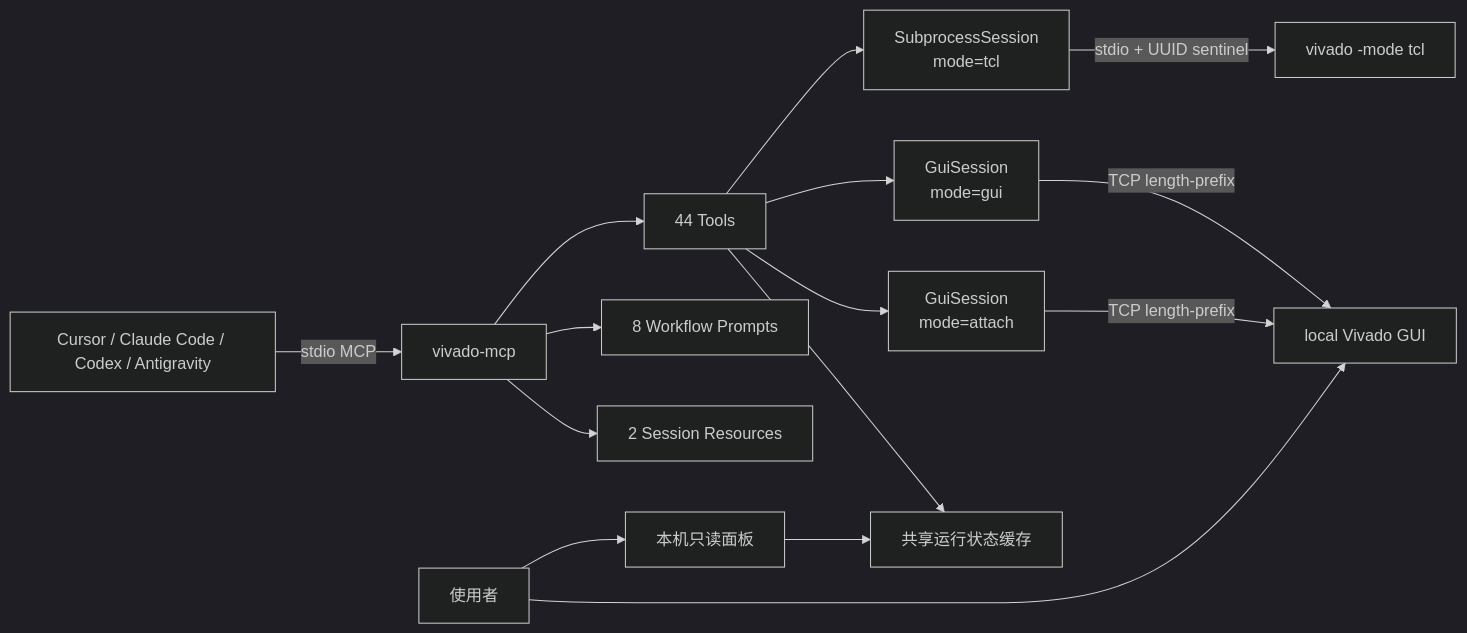
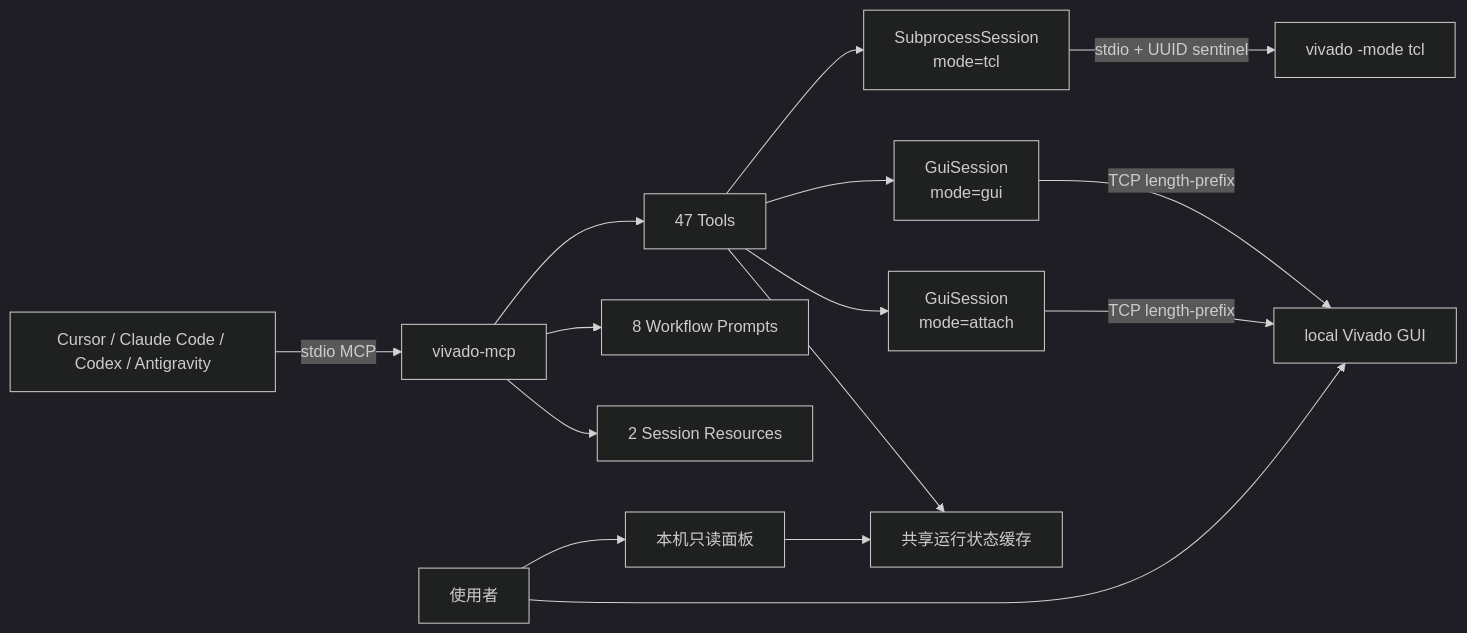
One commit to otter-fpga-lab/otter-vivado changed the diagram in README.md. Above: the diagram before and after it, drawn with Mermaid (dark theme). The commit also changed other lines of this file and 20 other files, not shown here.

````diff
--- a/README.md
+++ b/README.md
@@ -560,17 +563,17 @@
 ```mermaid
 flowchart LR
     Agent["Cursor / Claude Code / Codex / Antigravity"] -->|"stdio MCP"| MCP["vivado-mcp"]
-    MCP --> Tools["44 Tools"]
+    MCP --> Tools["47 Tools"]
     MCP --> Prompts["8 Workflow Prompts"]
     MCP --> Resources["2 Session Resources"]
     Tools --> Tcl["SubprocessSession\nmode=tcl"]
     Tools --> Gui["GuiSession\nmode=gui"]
     Tools --> Attach["GuiSession\nmode=attach"]
     Tcl -->|"stdio + UUID sentinel"| VivadoTcl["vivado -mode tcl"]
     Gui -->|"TCP length-prefix"| VivadoGui["local Vivado GUI"]
     Attach -->|"TCP length-prefix"| VivadoGui
     Tools --> Monitor["共享运行状态缓存"]
     Human["使用者"] --> VivadoGui
     Human --> View["本机只读面板"]
     View --> Monitor
 ```
````
